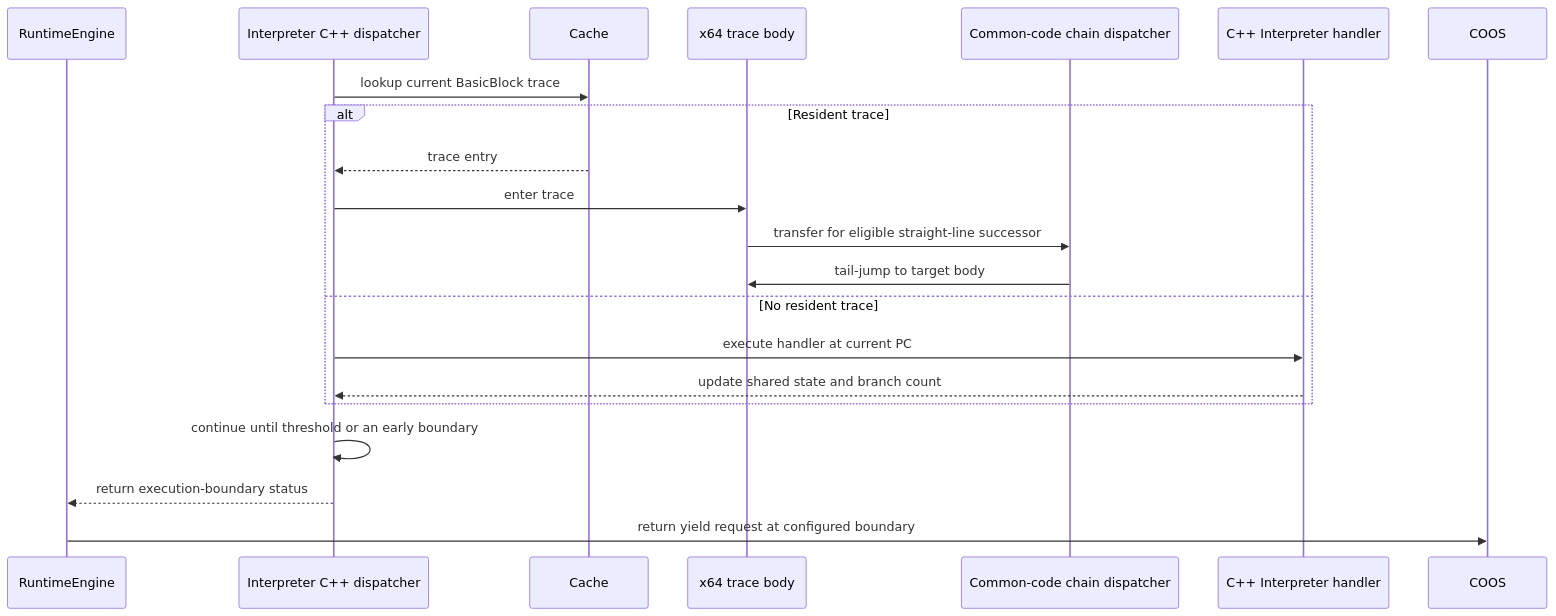
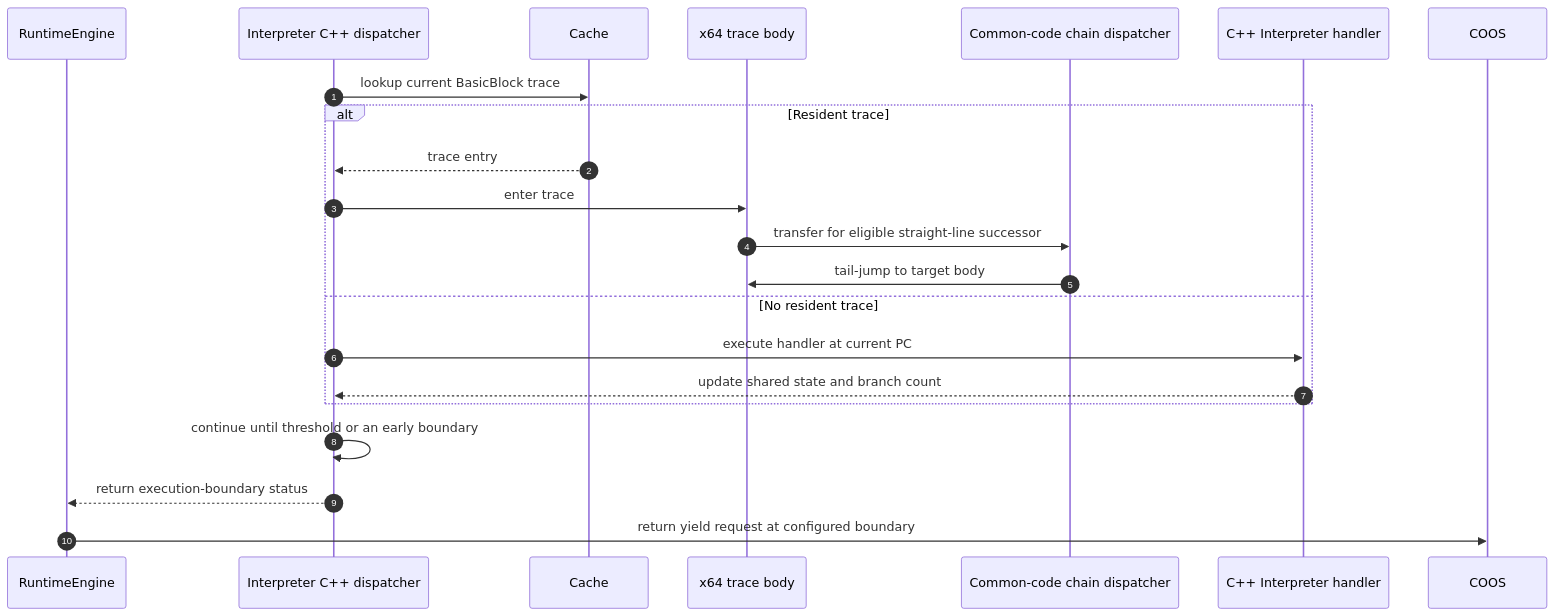
Before and after one commit to kmt-t/fireball: the fourth of 4 diagrams in docs/components/tier3_plugins/jit_compiler.md, drawn with Mermaid. The commit also changed other lines of this file and 633 other files, not shown here.

````diff
--- a/docs/components/tier3_plugins/jit_compiler.md
+++ b/docs/components/tier3_plugins/jit_compiler.md
@@ -296,24 +300,25 @@
 ```mermaid
 sequenceDiagram
+    autonumber
     participant R as RuntimeEngine
     participant I as Interpreter C++ dispatcher
     participant C as Cache
     participant T as x64 trace body
     participant D as Common-code chain dispatcher
     participant H as C++ Interpreter handler
     participant O as COOS
 
     I->>C: lookup current BasicBlock trace
     alt Resident trace
         C-->>I: trace entry
         I->>T: enter trace
         T->>D: transfer for eligible straight-line successor
         D->>T: tail-jump to target body
     else No resident trace
         I->>H: execute handler at current PC
         H-->>I: update shared state and branch count
     end
     I->>I: continue until threshold or an early boundary
     I-->>R: return execution-boundary status
     R->>O: return yield request at configured boundary
 ```
````
